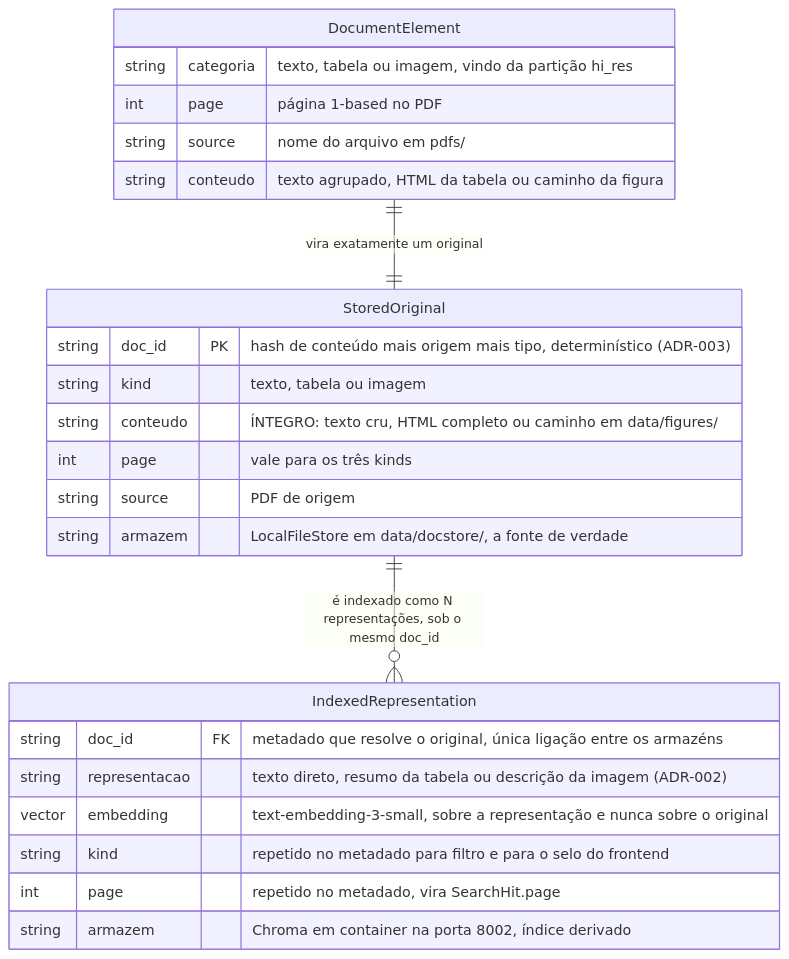
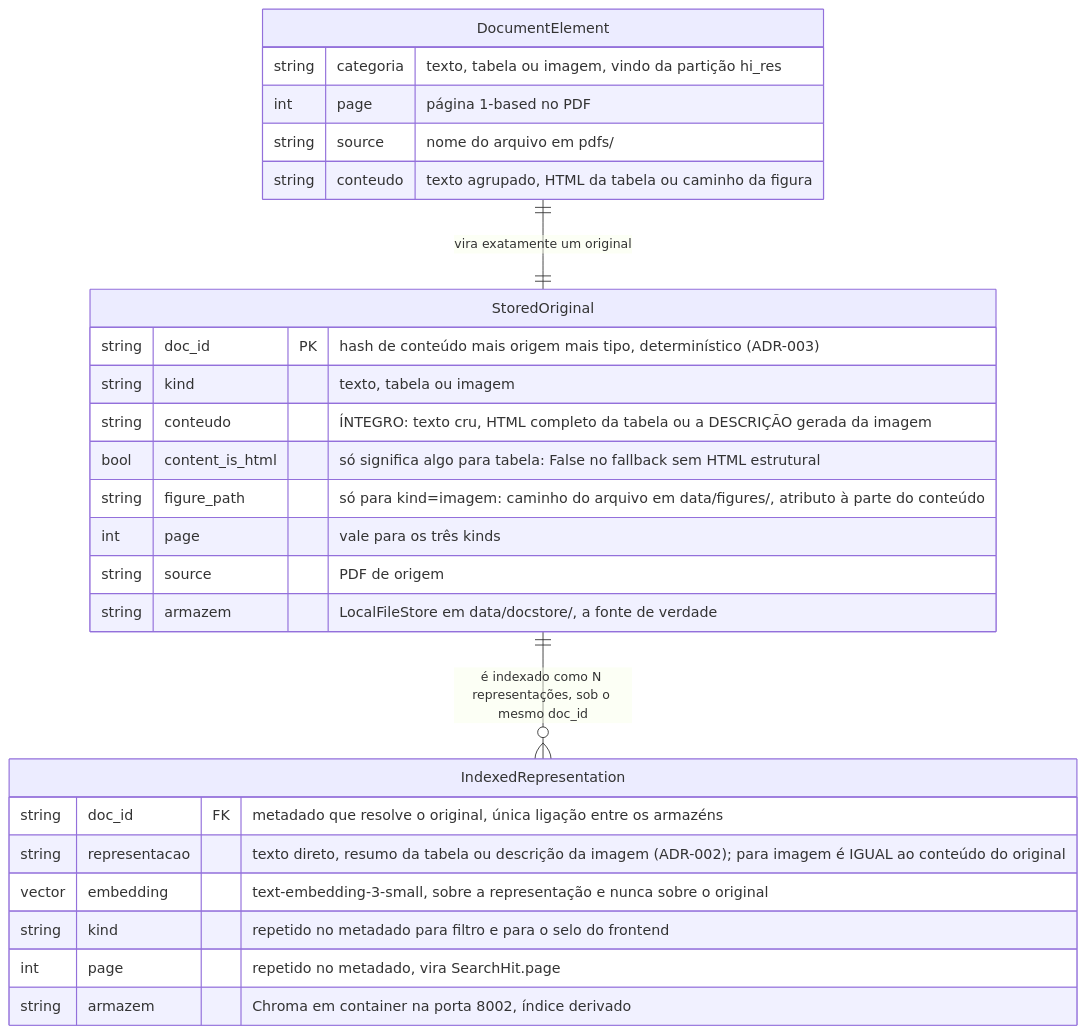
Before and after one commit to Arthur-Diego/projetos-rag: the diagram in rag-04-multimodal-docs/docs/domains/rag/diagrams/mermaid/modelo-doc-id.mmd, drawn with Mermaid. The commit also changed 10 other files, not shown here.

First line of the commit message:
docs(rag-04/fechamento): sincroniza FDD, HLD, diagramas e contrato com o codigo

```diff
--- a/rag-04-multimodal-docs/docs/domains/rag/diagrams/mermaid/modelo-doc-id.mmd
+++ b/rag-04-multimodal-docs/docs/domains/rag/diagrams/mermaid/modelo-doc-id.mmd
@@ -1,35 +1,40 @@
 %% Modelo de dados do multi-vector: 1 elemento -> 1 original -> N representacoes
 %% Fontes: HLD v1.0, secao "Modelo de dados (alto nivel)"; FDD secoes 4 e 5; ADRs 001 a 003.
 %% O N e DELIBERADO e ja esta no esquema: a v1 grava UMA representacao por original, mas
 %% multi-representacao (perguntas hipoteticas do exercicio 2, tabela crua alem do resumo)
 %% entra sem migracao. E tambem o plano de contingencia do risco 3, o resumo que nao casa
 %% com as perguntas reais.
 %% DocumentElement existe APENAS durante a ingestao: nao e persistido em armazem nenhum.
+%% Imagem e a UNICA categoria em que original e representacao coincidem: nao ha texto por
+%% baixo da figura para servir de original, entao o conteudo gravado e a propria descricao
+%% gerada e o caminho da figura fica em figure_path, atributo separado.
 erDiagram
     DocumentElement ||--|| StoredOriginal : "vira exatamente um original"
     StoredOriginal ||--o{ IndexedRepresentation : "é indexado como N representações, sob o mesmo doc_id"
 
     DocumentElement {
         string categoria "texto, tabela ou imagem, vindo da partição hi_res"
         int page "página 1-based no PDF"
         string source "nome do arquivo em pdfs/"
         string conteudo "texto agrupado, HTML da tabela ou caminho da figura"
     }
 
     StoredOriginal {
         string doc_id PK "hash de conteúdo mais origem mais tipo, determinístico (ADR-003)"
         string kind "texto, tabela ou imagem"
-        string conteudo "ÍNTEGRO: texto cru, HTML completo ou caminho em data/figures/"
+        string conteudo "ÍNTEGRO: texto cru, HTML completo da tabela ou a DESCRIÇÃO gerada da imagem"
+        bool content_is_html "só significa algo para tabela: False no fallback sem HTML estrutural"
+        string figure_path "só para kind=imagem: caminho do arquivo em data/figures/, atributo à parte do conteúdo"
         int page "vale para os três kinds"
         string source "PDF de origem"
         string armazem "LocalFileStore em data/docstore/, a fonte de verdade"
     }
 
     IndexedRepresentation {
         string doc_id FK "metadado que resolve o original, única ligação entre os armazéns"
-        string representacao "texto direto, resumo da tabela ou descrição da imagem (ADR-002)"
+        string representacao "texto direto, resumo da tabela ou descrição da imagem (ADR-002); para imagem é IGUAL ao conteúdo do original"
         vector embedding "text-embedding-3-small, sobre a representação e nunca sobre o original"
         string kind "repetido no metadado para filtro e para o selo do frontend"
         int page "repetido no metadado, vira SearchHit.page"
         string armazem "Chroma em container na porta 8002, índice derivado"
     }
```
